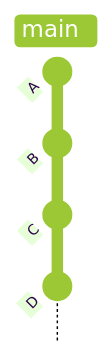
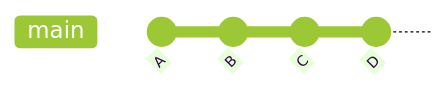
Before and after one commit to skills/introduction-to-git: the second of 6 diagrams in .github/steps/5-step.md, drawn with Mermaid (forest theme). The commit also changed other lines of this file, not shown here.

Commit message:
fix merge style graphs to render better on GitHub

````diff
--- a/.github/steps/5-step.md
+++ b/.github/steps/5-step.md
@@ -44,7 +38,7 @@
 ```mermaid
-gitGraph TB:
+gitGraph LR:
    commit id: "A"
    commit id: "B"
    commit id: "C"
    commit id: "D"
 ```
````
